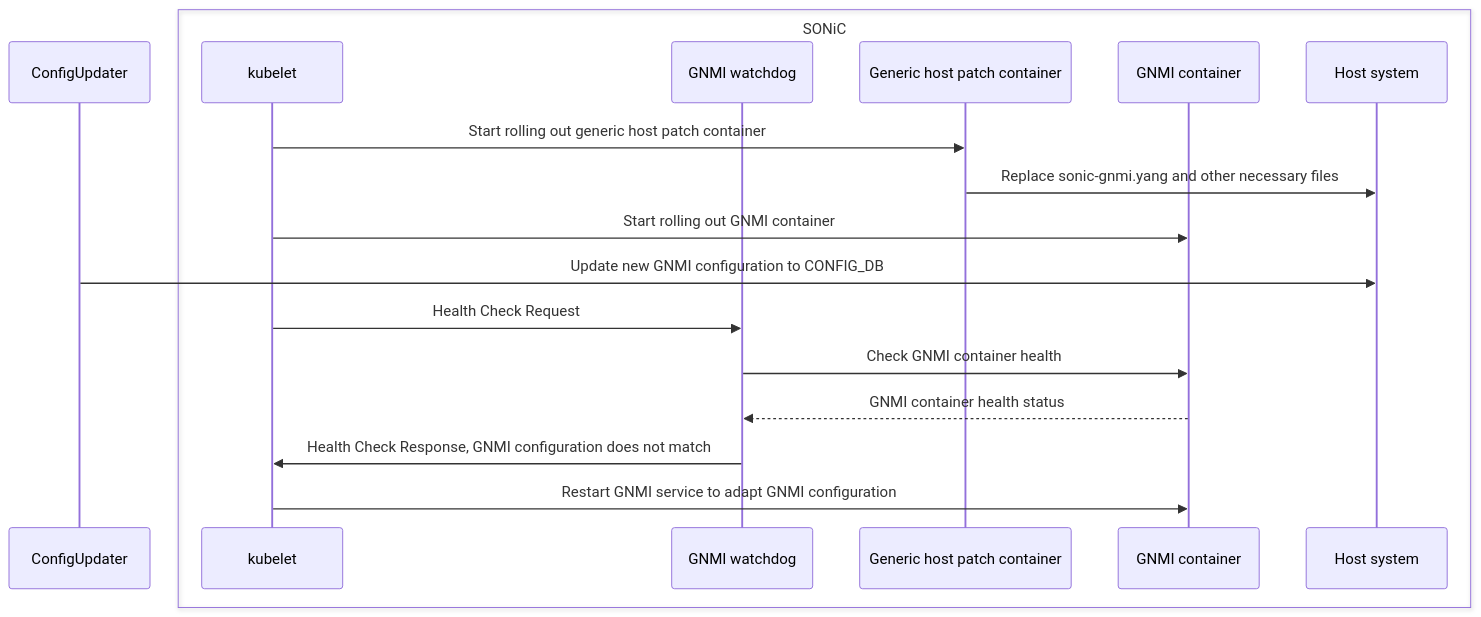
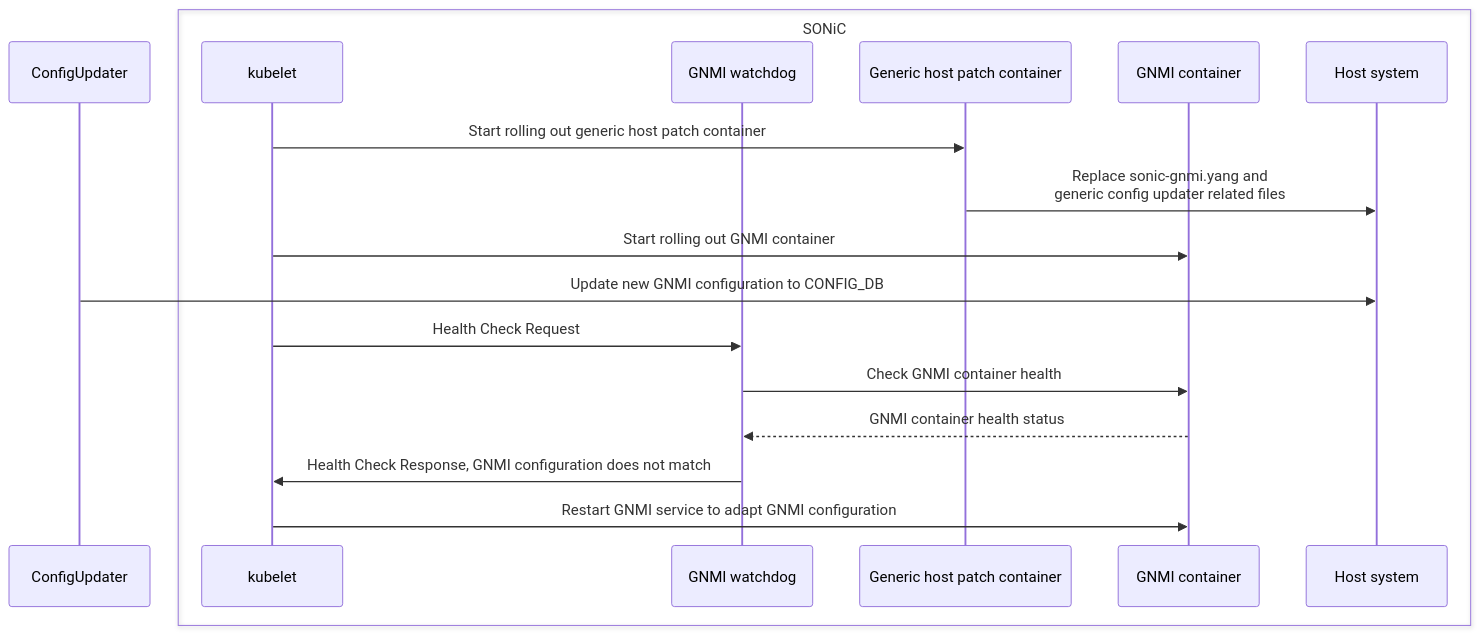
The diagram in gnmi_upgrade.md (ganglyu/mermaid), drawn with Mermaid before and after one commit.

````diff
--- a/gnmi_upgrade.md
+++ b/gnmi_upgrade.md
@@ -1,20 +1,20 @@
 ```mermaid
 sequenceDiagram
     participant ConfigUpdater
     box SONiC
         participant kubelet
         participant GNMI watchdog
         participant Generic host patch container
         participant GNMI container
         participant Host system
     end
     kubelet->>Generic host patch container: Start rolling out generic host patch container
-    Generic host patch container->>Host system: Replace sonic-gnmi.yang and other necessary files
+    Generic host patch container->>Host system: Replace sonic-gnmi.yang and <br>generic config updater related files
     kubelet->>GNMI container: Start rolling out GNMI container
     ConfigUpdater->>Host system: Update new GNMI configuration to CONFIG_DB
     kubelet->>GNMI watchdog: Health Check Request
     GNMI watchdog->>GNMI container: Check GNMI container health
     GNMI container-->>GNMI watchdog: GNMI container health status
     GNMI watchdog->>kubelet: Health Check Response, GNMI configuration does not match
     kubelet->>GNMI container: Restart GNMI service to adapt GNMI configuration
 ```
````
